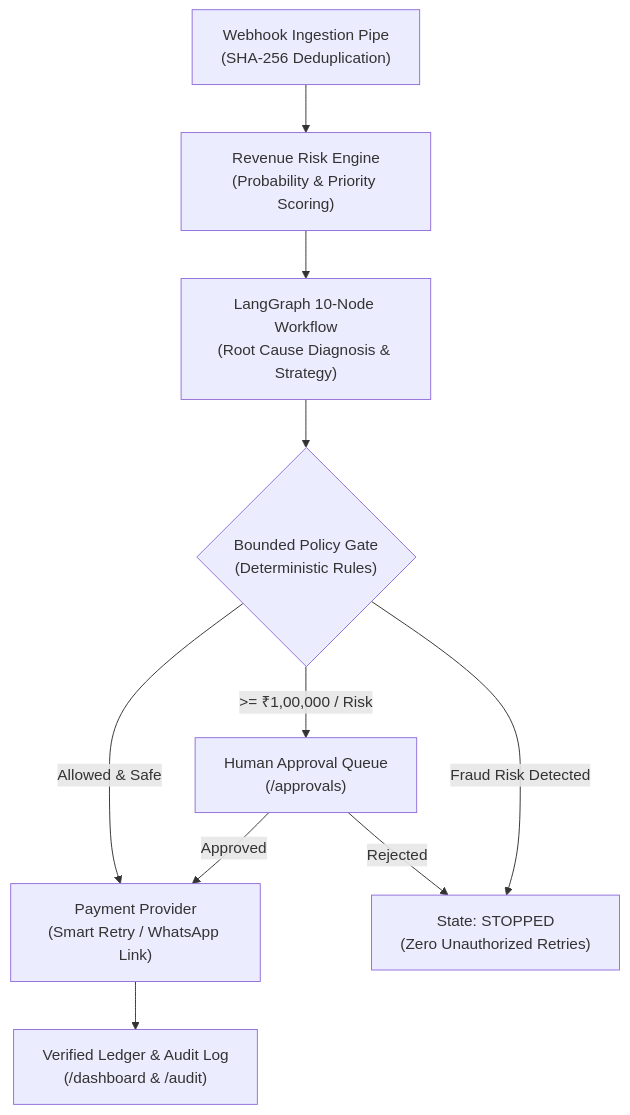
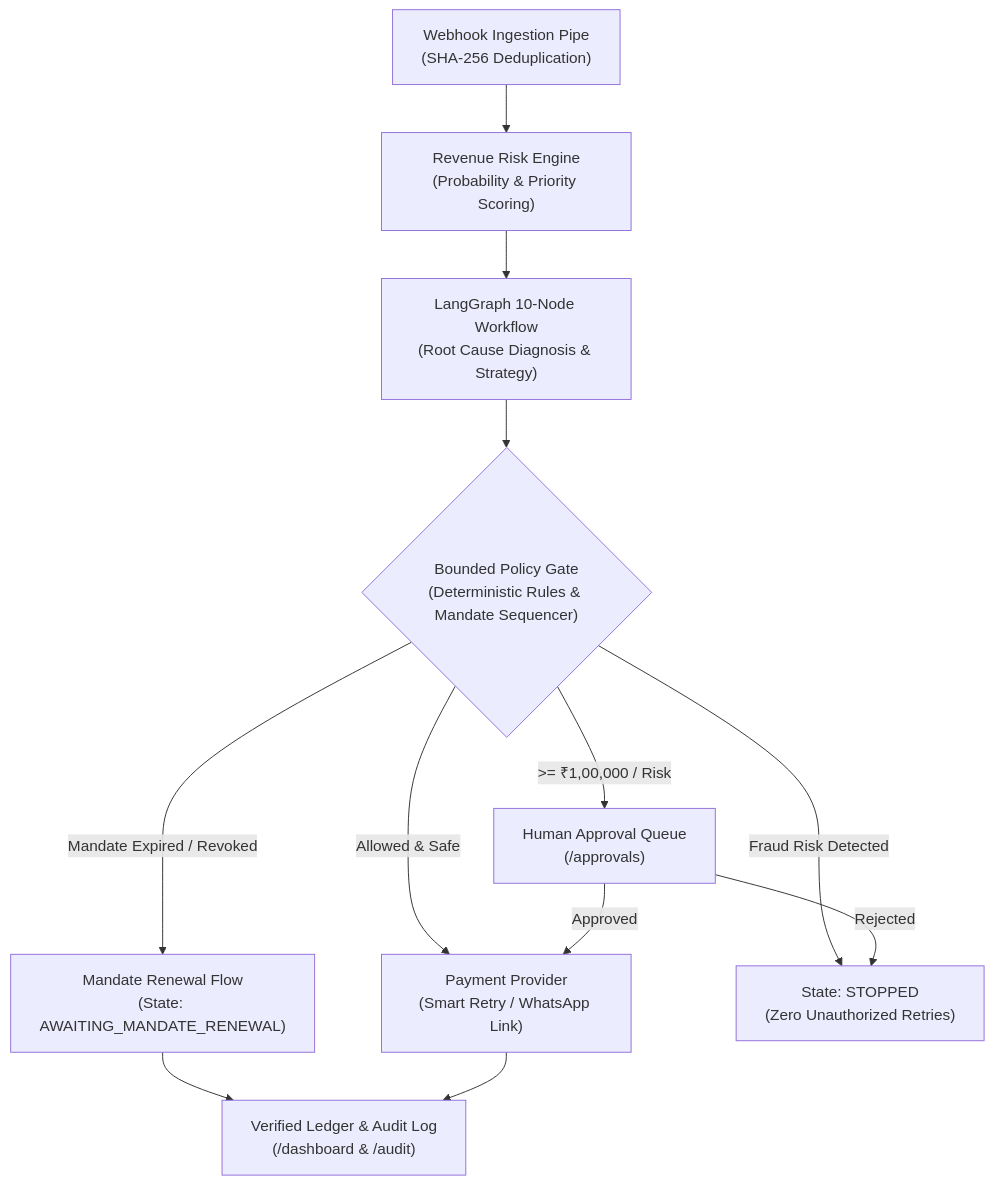
One commit to jayraj175coder/razpay_ai changed the diagram in README.md. Above: the diagram before and after it, drawn with Mermaid. The commit also changed other lines of this file and 22 other files, not shown here.

Commit message:
feat: implement mandate retry sequencer and hinglish AI voice recovery

````diff
--- a/README.md
+++ b/README.md
@@ -36,15 +36,17 @@
 ```mermaid
 flowchart TD
     WH["Webhook Ingestion Pipe\n(SHA-256 Deduplication)"] --> RE["Revenue Risk Engine\n(Probability & Priority Scoring)"]
     RE --> LG["LangGraph 10-Node Workflow\n(Root Cause Diagnosis & Strategy)"]
-    LG --> PE{"Bounded Policy Gate\n(Deterministic Rules)"}
+    LG --> PE{"Bounded Policy Gate\n(Deterministic Rules & Mandate Sequencer)"}
     
     PE -- "Allowed & Safe" --> GW["Payment Provider\n(Smart Retry / WhatsApp Link)"]
+    PE -- "Mandate Expired / Revoked" --> REN["Mandate Renewal Flow\n(State: AWAITING_MANDATE_RENEWAL)"]
     PE -- ">= ₹1,00,000 / Risk" --> HITL["Human Approval Queue\n(/approvals)"]
     PE -- "Fraud Risk Detected" --> STOP["State: STOPPED\n(Zero Unauthorized Retries)"]
     
     HITL -- "Approved" --> GW
     HITL -- "Rejected" --> STOP
     
-    GW --> REC["Verified Ledger & Audit Log\n(/dashboard & /audit)"]
+    REN --> REC["Verified Ledger & Audit Log\n(/dashboard & /audit)"]
+    GW --> REC
 ```
````
